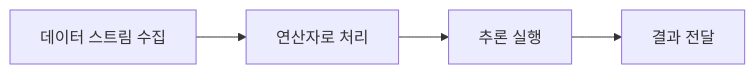
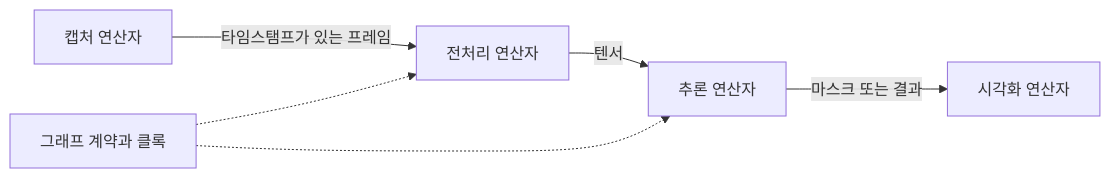
Before and after one commit to james-joobs/awesome-nvidia-physical-ai: the diagram in docs/ko/holoscan-sdk.md, drawn with Mermaid. The commit also changed other lines of this file and 187 other files, not shown here.

Commit message:
Expand bilingual guides with official architecture references

````diff
--- a/docs/ko/holoscan-sdk.md
+++ b/docs/ko/holoscan-sdk.md
@@ -15,8 +15,8 @@
 ```mermaid
 flowchart LR
-  S0["데이터 스트림 수집"]
-  S1["연산자로 처리"]
-  S2["추론 실행"]
-  S3["결과 전달"]
-  S0 --> S1 --> S2 --> S3
+    S["캡처 연산자"] -->|타임스탬프가 있는 프레임| P["전처리 연산자"]
+    P -->|텐서| I["추론 연산자"]
+    I -->|마스크 또는 결과| V["시각화 연산자"]
+    C["그래프 계약과 클록"] -.-> P
+    C -.-> I
 ```
````
